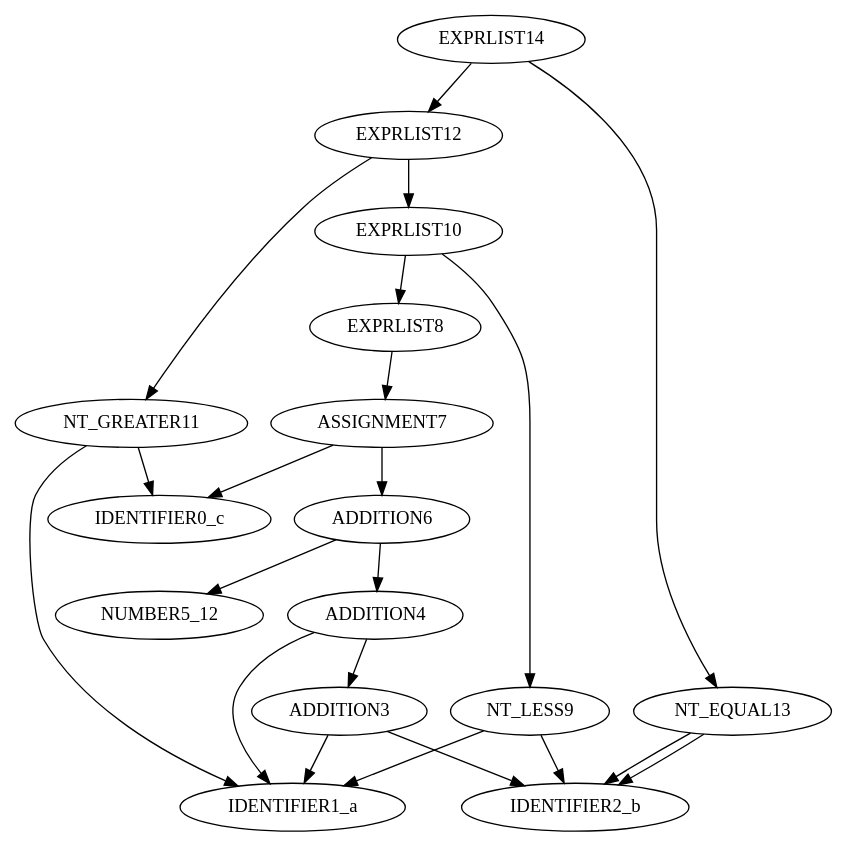
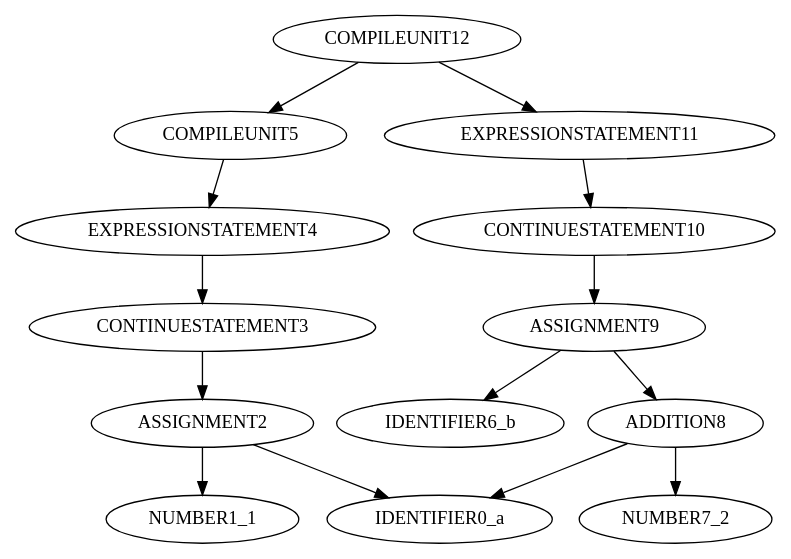
Before and after one commit to dhmhgreCompilers1/BisonTutorial2022: the diagram in BisonIntro/SyntaxTree.dot, drawn with Graphviz. The commit also changed 7 other files, not shown here.

```diff
--- a/BisonIntro/SyntaxTree.dot
+++ b/BisonIntro/SyntaxTree.dot
@@ -1,23 +1,15 @@
 digraph G {
-	"EXPRLIST14"->"EXPRLIST12";
-	"EXPRLIST12"->"EXPRLIST10";
-	"EXPRLIST10"->"EXPRLIST8";
-	"EXPRLIST8"->"ASSIGNMENT7";
-	"ASSIGNMENT7"->"IDENTIFIER0_c";
-	"ASSIGNMENT7"->"ADDITION6";
-	"ADDITION6"->"ADDITION4";
-	"ADDITION4"->"ADDITION3";
-	"ADDITION3"->"IDENTIFIER1_a";
-	"ADDITION3"->"IDENTIFIER2_b";
-	"ADDITION4"->"IDENTIFIER1_a";
-	"ADDITION6"->"NUMBER5_12";
-	"EXPRLIST10"->"NT_LESS9";
-	"NT_LESS9"->"IDENTIFIER1_a";
-	"NT_LESS9"->"IDENTIFIER2_b";
-	"EXPRLIST12"->"NT_GREATER11";
-	"NT_GREATER11"->"IDENTIFIER0_c";
-	"NT_GREATER11"->"IDENTIFIER1_a";
-	"EXPRLIST14"->"NT_EQUAL13";
-	"NT_EQUAL13"->"IDENTIFIER2_b";
-	"NT_EQUAL13"->"IDENTIFIER2_b";
+	"COMPILEUNIT12"->"COMPILEUNIT5";
+	"COMPILEUNIT5"->"EXPRESSIONSTATEMENT4";
+	"EXPRESSIONSTATEMENT4"->"CONTINUESTATEMENT3";
+	"CONTINUESTATEMENT3"->"ASSIGNMENT2";
+	"ASSIGNMENT2"->"IDENTIFIER0_a";
+	"ASSIGNMENT2"->"NUMBER1_1";
+	"COMPILEUNIT12"->"EXPRESSIONSTATEMENT11";
+	"EXPRESSIONSTATEMENT11"->"CONTINUESTATEMENT10";
+	"CONTINUESTATEMENT10"->"ASSIGNMENT9";
+	"ASSIGNMENT9"->"IDENTIFIER6_b";
+	"ASSIGNMENT9"->"ADDITION8";
+	"ADDITION8"->"IDENTIFIER0_a";
+	"ADDITION8"->"NUMBER7_2";
 }
```
